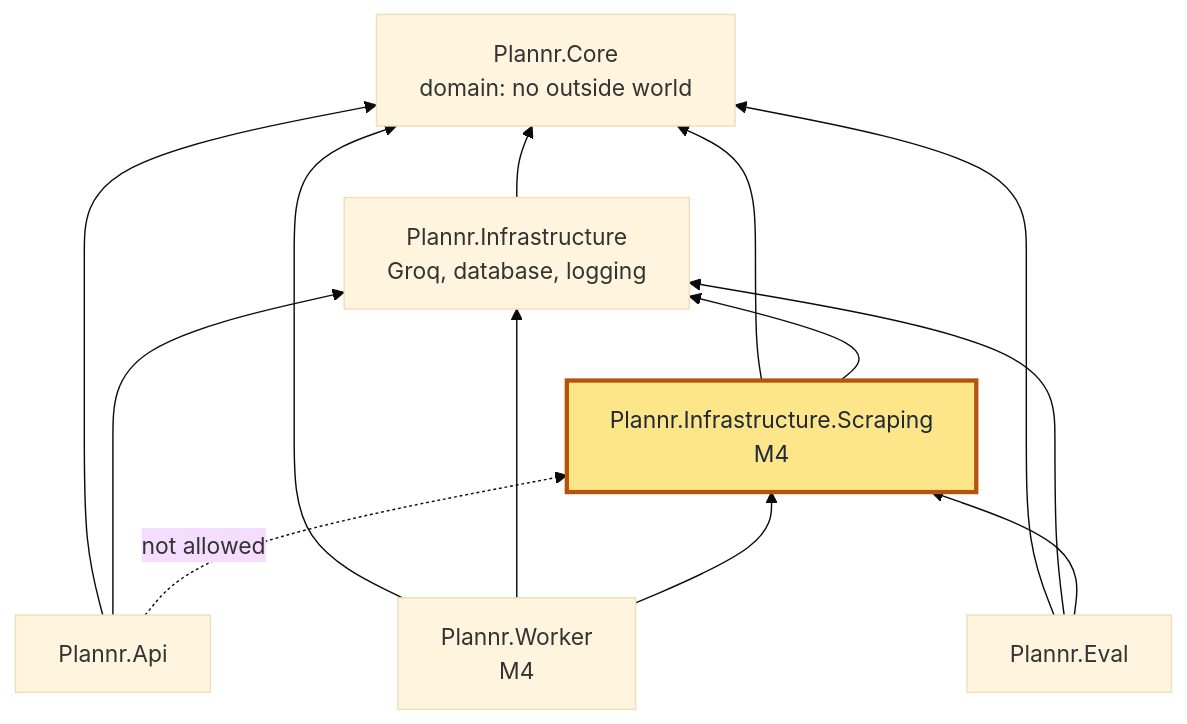
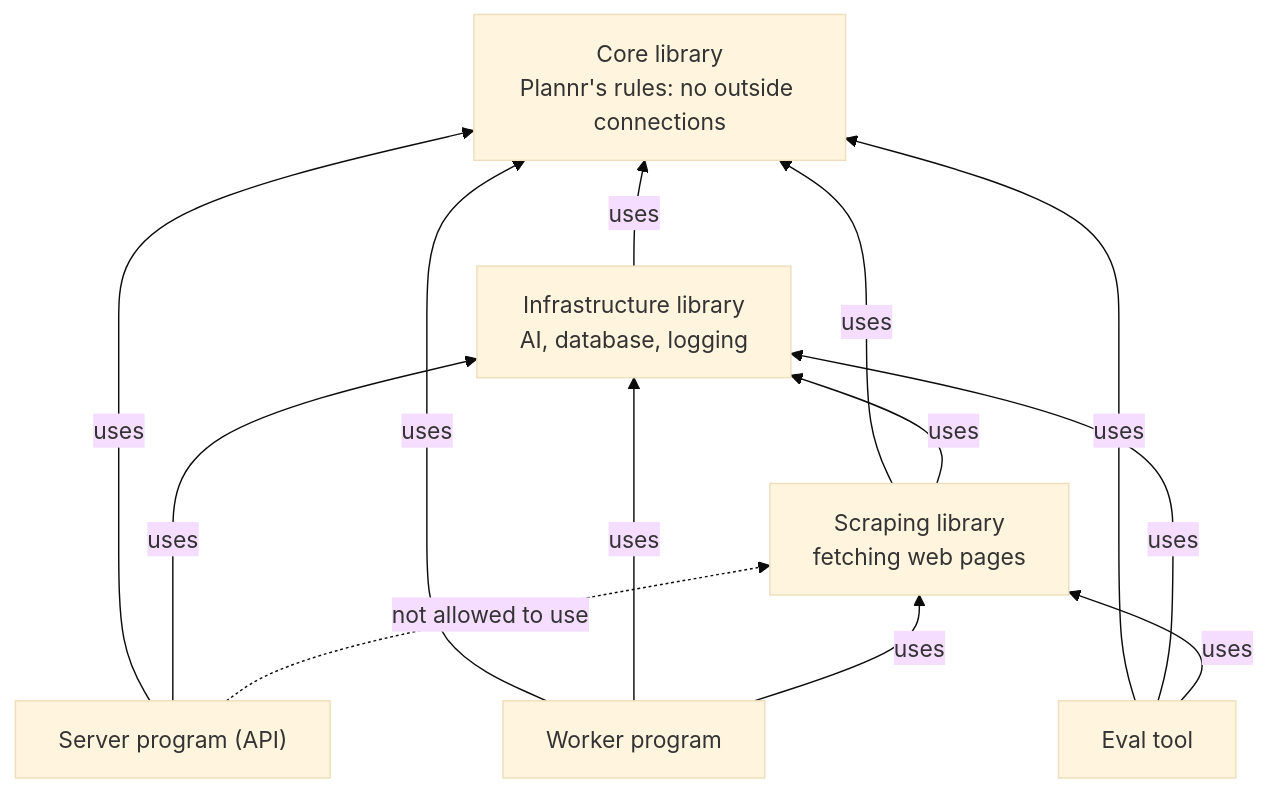
One commit to SunchokePasta/Plannr changed the fifth of 13 diagrams in docs/architecture.md. Above: the diagram before and after it, drawn with Mermaid (base theme). The commit also changed other lines of this file and 3 other files, not shown here.

First line of the commit message:
Rewrite the architecture page around a glossary and labelled steps

````diff
--- a/docs/architecture.md
+++ b/docs/architecture.md
@@ -241,25 +261,22 @@
 ```mermaid
 flowchart BT
-  core["Plannr.Core<br/>domain: no outside world"]
-  infra["Plannr.Infrastructure<br/>Groq, database, logging"]
-  scrape["Plannr.Infrastructure.Scraping<br/>M4"]
-  api["Plannr.Api"]
-  worker["Plannr.Worker<br/>M4"]
-  eval["Plannr.Eval"]
+  core["Core library<br/>Plannr's rules: no outside connections"]
+  infra["Infrastructure library<br/>AI, database, logging"]
+  scrape["Scraping library<br/>fetching web pages"]
+  api["Server program (API)"]
+  worker["Worker program"]
+  eval["Eval tool"]
 
-  infra --> core
-  scrape --> core
-  scrape --> infra
-  api --> core
-  api --> infra
-  worker --> core
-  worker --> infra
-  worker --> scrape
-  eval --> core
-  eval --> infra
-  eval --> scrape
-  api -.->|"not allowed"| scrape
-
-  classDef question fill:#fde68a,stroke:#b45309,stroke-width:3px,color:#1f2937
-  class scrape question
+  infra -->|"uses"| core
+  scrape -->|"uses"| core
+  scrape -->|"uses"| infra
+  api -->|"uses"| core
+  api -->|"uses"| infra
+  worker -->|"uses"| core
+  worker -->|"uses"| infra
+  worker -->|"uses"| scrape
+  eval -->|"uses"| core
+  eval -->|"uses"| infra
+  eval -->|"uses"| scrape
+  api -.->|"not allowed to use"| scrape
 ```
````
